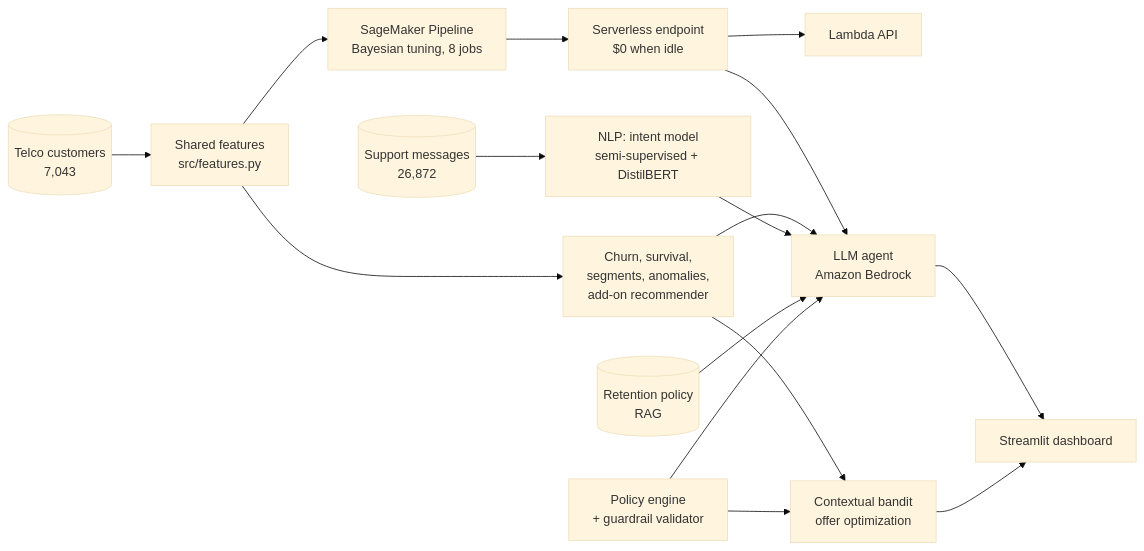
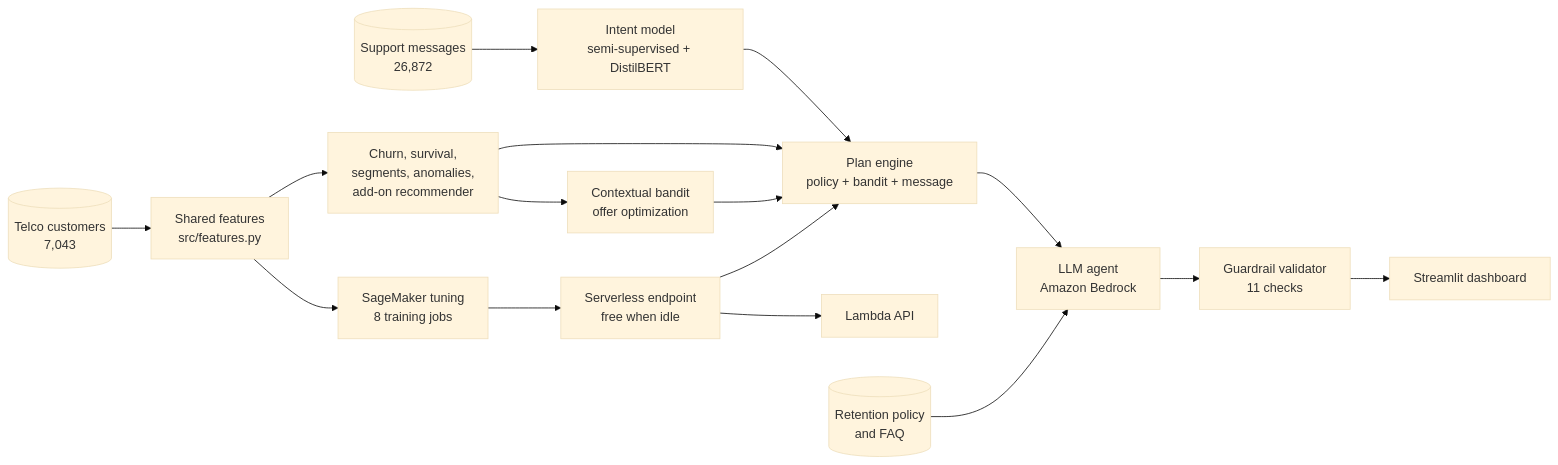
Before and after one commit to peddansi/RetainAI: the diagram in README.md, drawn with Mermaid (base theme). The commit also changed other lines of this file, not shown here.

Commit message:
Complete README: architecture, results, engineering lessons

````diff
--- a/README.md
+++ b/README.md
@@ -14,18 +17,18 @@
 ```mermaid
 flowchart LR
     D[(Telco customers<br/>7,043)] --> F[Shared features<br/>src/features.py]
-    T[(Support messages<br/>26,872)] --> N[NLP: intent model<br/>semi-supervised + DistilBERT]
-    F --> P[SageMaker Pipeline<br/>Bayesian tuning, 8 jobs]
-    P --> E[Serverless endpoint<br/>$0 when idle]
+    T[(Support messages<br/>26,872)] --> N[Intent model<br/>semi-supervised + DistilBERT]
+    F --> P[SageMaker tuning<br/>8 training jobs]
+    P --> E[Serverless endpoint<br/>free when idle]
     E --> L[Lambda API]
     F --> M[Churn, survival,<br/>segments, anomalies,<br/>add-on recommender]
-    E --> A[LLM agent<br/>Amazon Bedrock]
-    M --> A
-    N --> A
-    R[(Retention policy<br/>RAG)] --> A
-    G[Policy engine<br/>+ guardrail validator] --> A
     M --> B[Contextual bandit<br/>offer optimization]
-    G --> B
-    A --> S[Streamlit dashboard]
-    B --> S
+    E --> PE[Plan engine<br/>policy + bandit + message]
+    M --> PE
+    N --> PE
+    B --> PE
+    R[(Retention policy<br/>and FAQ)] --> A[LLM agent<br/>Amazon Bedrock]
+    PE --> A
+    A --> G[Guardrail validator<br/>11 checks]
+    G --> S[Streamlit dashboard]
 ```
````
